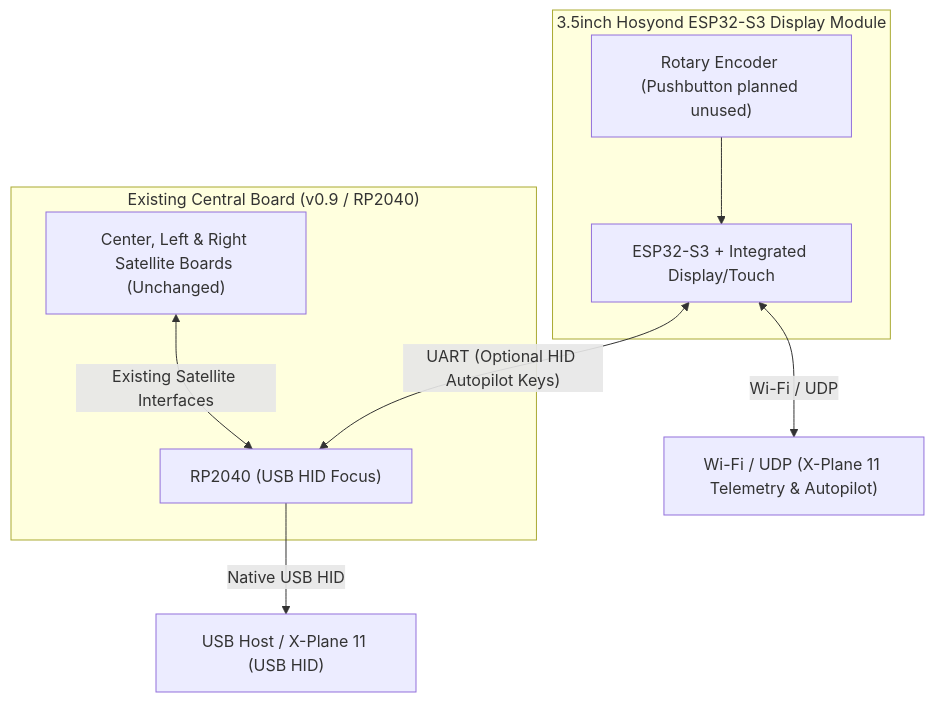
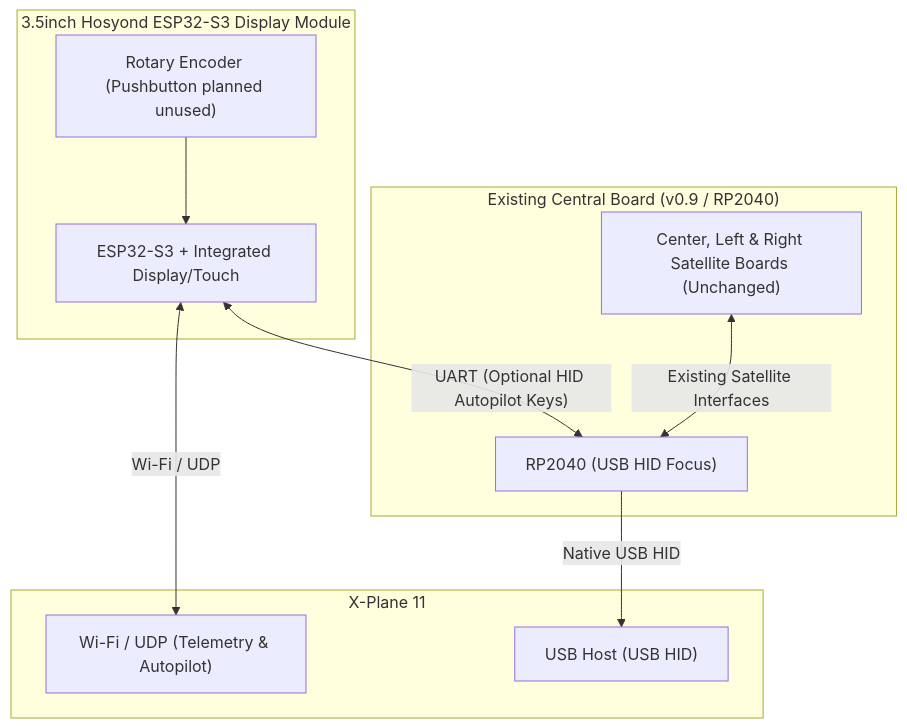
One commit to yusuf-dertlioglu/modular-flight-deck-xplane changed the diagram in docs/architecture-v2-outlook.md. Above: the diagram before and after it, drawn with Mermaid.

````diff
--- a/docs/architecture-v2-outlook.md
+++ b/docs/architecture-v2-outlook.md
@@ -19,22 +19,24 @@
 ```mermaid
 flowchart TB
     subgraph ESP["3.5inch Hosyond ESP32-S3 Display Module"]
         ESP32["ESP32-S3 + Integrated Display/Touch"]
         ENC_V2["Rotary Encoder (Pushbutton planned unused)"]
     end
 
     subgraph RP["Existing Central Board (v0.9 / RP2040)"]
         RP2040["RP2040 (USB HID Focus)"]
         SAT_ALL["Center, Left & Right Satellite Boards (Unchanged)"]
     end
 
-    WIFI["Wi-Fi / UDP (X-Plane 11 Telemetry & Autopilot)"]
-    USB_HID["USB Host / X-Plane 11 (USB HID)"]
+    subgraph XPlane[X-Plane 11]
+        WIFI["Wi-Fi / UDP (Telemetry & Autopilot)"]
+        USB_HID["USB Host (USB HID)"]
+    end
 
     ENC_V2 --> ESP32
     ESP32 <-->|"Wi-Fi / UDP"| WIFI
     ESP32 <-->|"UART (Optional HID Autopilot Keys)"| RP2040
     SAT_ALL <-->|"Existing Satellite Interfaces"| RP2040
     RP2040 -->|"Native USB HID"| USB_HID
 
 ```
````
